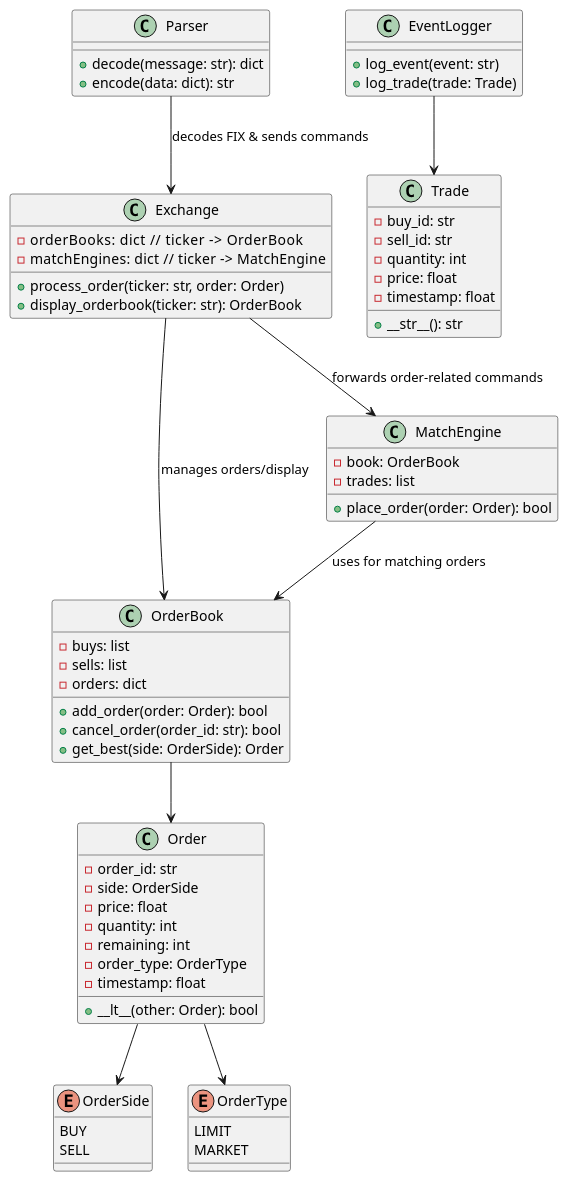
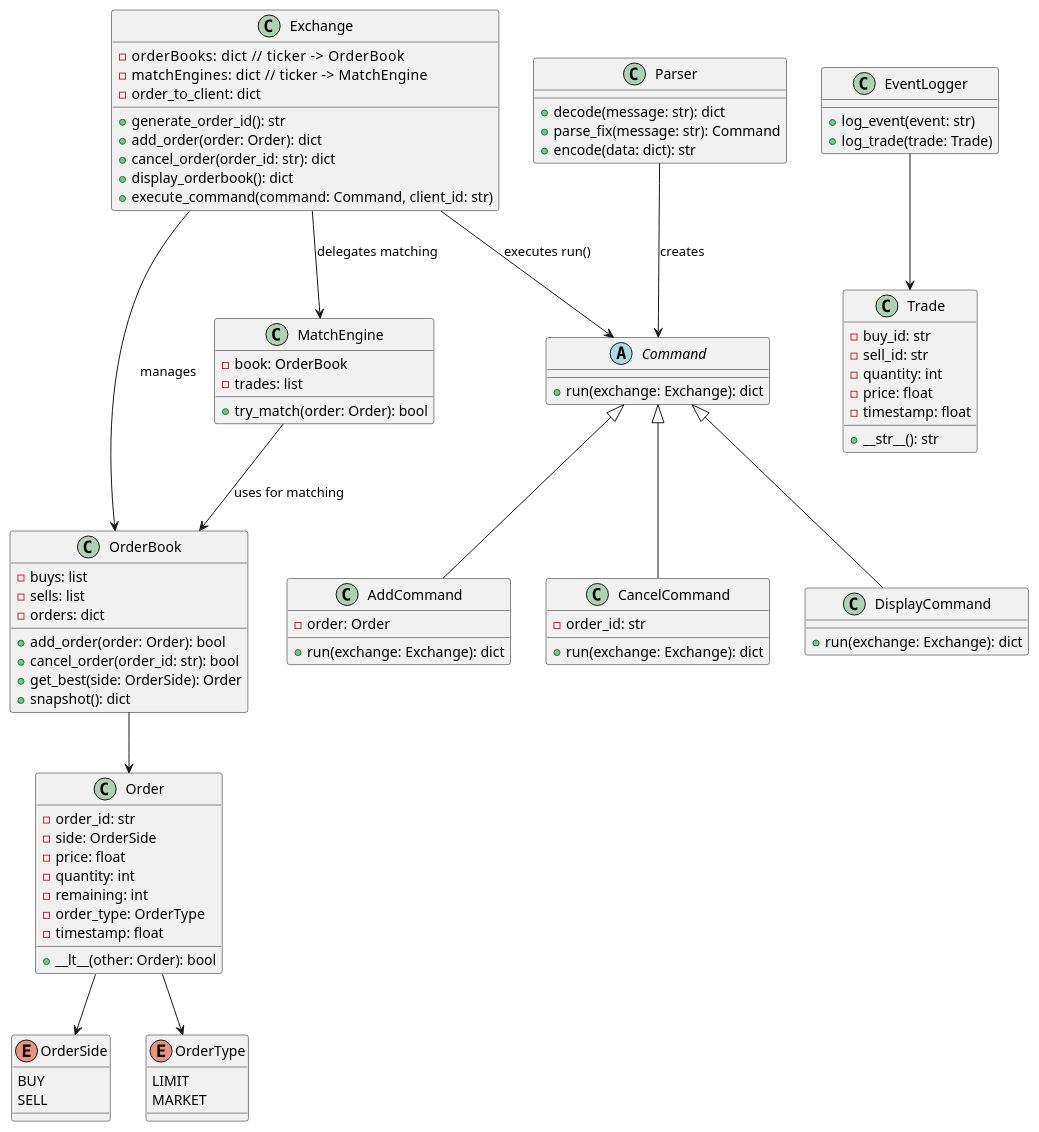
The diagram in docs/diagrams/ModelClassDiagram.puml (nanoXchange/nanoXchange-py), drawn with PlantUML before and after one commit. The commit also changed 11 other files, not shown here.

```diff
--- a/docs/diagrams/ModelClassDiagram.puml
+++ b/docs/diagrams/ModelClassDiagram.puml
@@ -1,75 +1,103 @@
 @startuml Order Book Class Diagram
 
 enum OrderSide {
   BUY
   SELL
 }
 
 enum OrderType {
   LIMIT
   MARKET
 }
 
 class Order {
   - order_id: str
   - side: OrderSide
   - price: float
   - quantity: int
   - remaining: int
   - order_type: OrderType
   - timestamp: float
   + __lt__(other: Order): bool
 }
 
 class Trade {
   - buy_id: str
   - sell_id: str
   - quantity: int
   - price: float
   - timestamp: float
   + __str__(): str
 }
 
 class OrderBook {
   - buys: list
   - sells: list
   - orders: dict
   + add_order(order: Order): bool
   + cancel_order(order_id: str): bool
   + get_best(side: OrderSide): Order
+  + snapshot(): dict
 }
 
 class MatchEngine {
   - book: OrderBook
   - trades: list
-  + place_order(order: Order): bool
+  + try_match(order: Order): bool
 }
 
 class EventLogger {
   + log_event(event: str)
   + log_trade(trade: Trade)
 }
 
+class Exchange {
+  - orderBooks: dict      // ticker -> OrderBook
+  - matchEngines: dict    // ticker -> MatchEngine
+  - order_to_client: dict
+  + generate_order_id(): str
+  + add_order(order: Order): dict
+  + cancel_order(order_id: str): dict
+  + display_orderbook(): dict
+  + execute_command(command: Command, client_id: str)
+}
+
+abstract class Command {
+  + run(exchange: Exchange): dict
+}
+
+class AddCommand {
+  - order: Order
+  + run(exchange: Exchange): dict
+}
+
+class CancelCommand {
+  - order_id: str
+  + run(exchange: Exchange): dict
+}
+
+class DisplayCommand {
+  + run(exchange: Exchange): dict
+}
+
 class Parser {
   + decode(message: str): dict
+  + parse_fix(message: str): Command
   + encode(data: dict): str
 }
 
-class Exchange {
-  - orderBooks: dict      // ticker -> OrderBook
-  - matchEngines: dict    // ticker -> MatchEngine
-  + process_order(ticker: str, order: Order)
-  + display_orderbook(ticker: str): OrderBook
-}
+Parser --> Command : "creates"
+Exchange --> Command : "executes run()"
+Command <|-- AddCommand
+Command <|-- CancelCommand
+Command <|-- DisplayCommand
 
-
-Parser --> Exchange : "decodes FIX & sends commands"
-Exchange --> OrderBook : "manages orders/display"
-Exchange --> MatchEngine : "forwards order-related commands"
-MatchEngine --> OrderBook : "uses for matching orders"
+Exchange --> OrderBook : "manages"
+Exchange --> MatchEngine : "delegates matching"
+MatchEngine --> OrderBook : "uses for matching"
 EventLogger --> Trade
 OrderBook --> Order
 Order --> OrderSide
 Order --> OrderType
 
 @enduml
```
